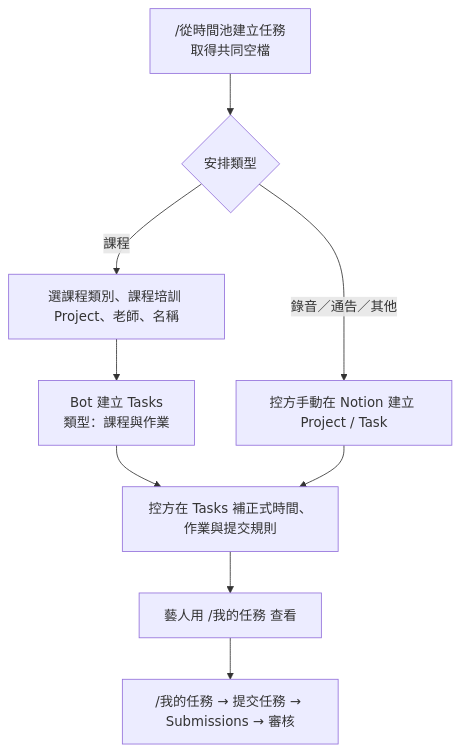
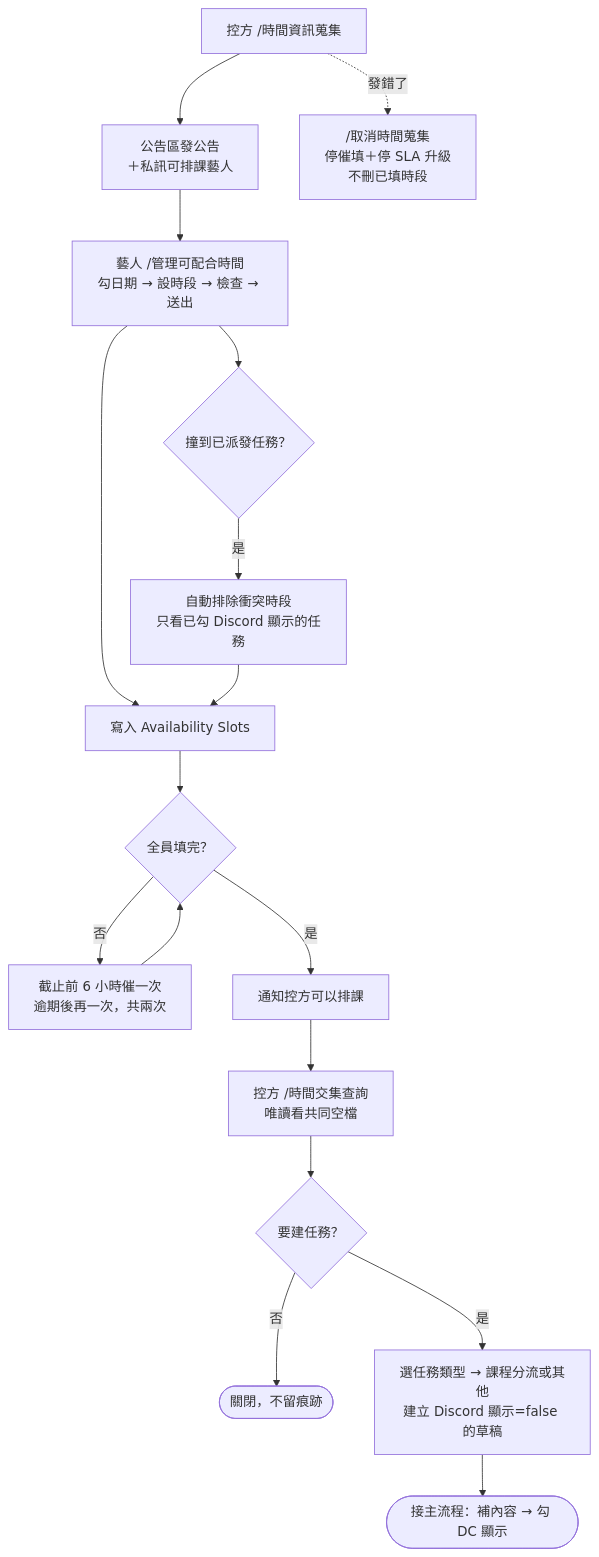
Before and after one commit to johnnysun0621/kari-kari-ai-ops: the fourth of 7 diagrams in docs/foundation/FLOWCHART.md, drawn with Mermaid. The commit also changed other lines of this file and 9 other files, not shown here.

````diff
--- a/docs/foundation/FLOWCHART.md
+++ b/docs/foundation/FLOWCHART.md
@@ -48,11 +133,23 @@
 ```mermaid
 flowchart TD
-    A["/從時間池建立任務\n取得共同空檔"] --> B{"安排類型"}
-    B -->|課程| C["選課程類別、課程培訓 Project、老師、名稱"]
-    C --> D["Bot 建立 Tasks\n類型：課程與作業"]
-    B -->|錄音／通告／其他| E["控方手動在 Notion 建立 Project / Task"]
-    D --> F["控方在 Tasks 補正式時間、作業與提交規則"]
-    E --> F
-    F --> G["藝人用 /我的任務 查看"]
-    G --> H["/我的任務 → 提交任務 → Submissions → 審核"]
+    A["控方 /時間資訊蒐集"] --> B["公告區發公告<br/>＋私訊可排課藝人"]
+    B --> C["藝人 /管理可配合時間<br/>勾日期 → 設時段 → 檢查 → 送出"]
+    C --> D["寫入 Availability Slots"]
+
+    C --> E{"撞到已派發任務？"}
+    E -->|是| F["自動排除衝突時段<br/>只看已勾 Discord 顯示的任務"]
+    F --> D
+
+    D --> G{"全員填完？"}
+    G -->|否| H["截止前 6 小時催一次<br/>逾期後再一次，共兩次"]
+    H --> G
+    G -->|是| I["通知控方可以排課"]
+
+    I --> J["控方 /時間交集查詢<br/>唯讀看共同空檔"]
+    J --> K{"要建任務？"}
+    K -->|否| L(["關閉，不留痕跡"])
+    K -->|是| M["選任務類型 → 課程分流或其他<br/>建立 Discord 顯示=false 的草稿"]
+    M --> N(["接主流程：補內容 → 勾 DC 顯示"])
+
+    A -.發錯了.-> X["/取消時間蒐集<br/>停催填＋停 SLA 升級<br/>不刪已填時段"]
 ```
````
